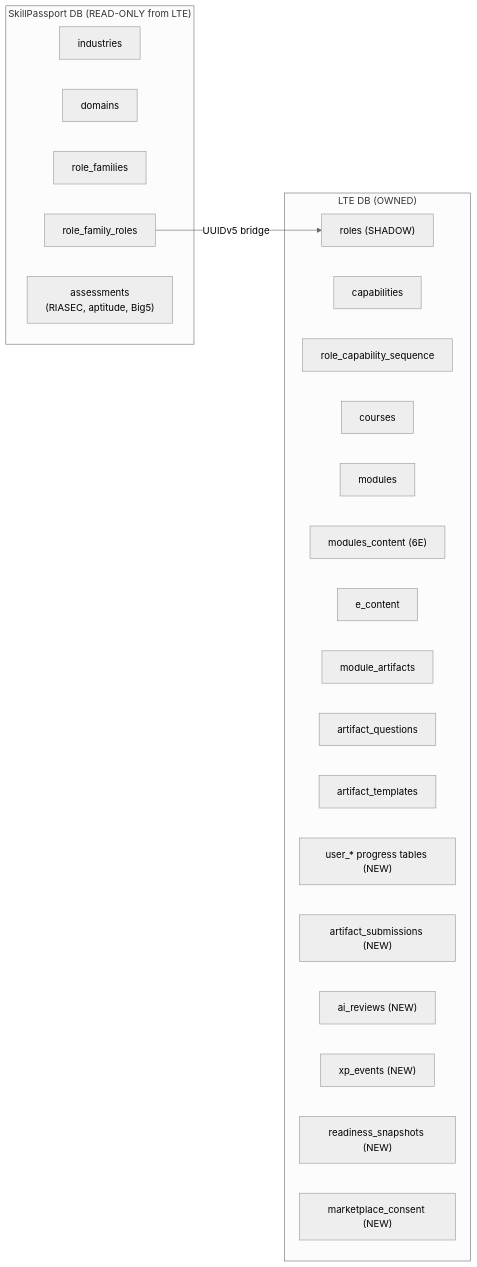
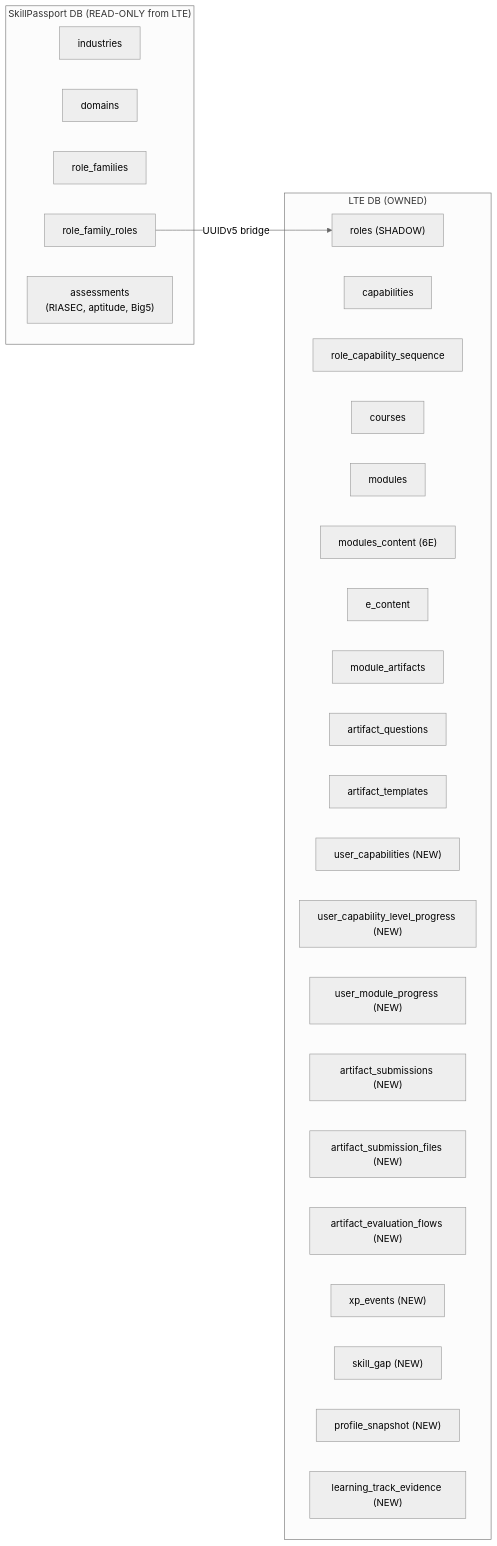
The second of 7 diagrams in LTE_3_Week_MVP_TRD_v.1.md (Rareminds-eym/lte), drawn with Mermaid (neutral theme) before and after one commit. The commit also changed other lines of this file, not shown here.

Commit message:
refactor: update architecture diagram and cleanup database schema documentation for the LTE MVP TRD

````diff
--- a/LTE_3_Week_MVP_TRD_v.1.md
+++ b/LTE_3_Week_MVP_TRD_v.1.md
@@ -190,31 +190,35 @@
 ```mermaid
 graph LR
     subgraph "SkillPassport DB (READ-ONLY from LTE)"
         SP_IND["industries"]
         SP_DOM["domains"]
         SP_RF["role_families"]
         SP_RFR["role_family_roles"]
         SP_ASSESS["assessments<br/>(RIASEC, aptitude, Big5)"]
     end
 
     subgraph "LTE DB (OWNED)"
         LTE_ROLES["roles (SHADOW)"]
         LTE_CAP["capabilities"]
         LTE_RCS["role_capability_sequence"]
         LTE_COURSES["courses"]
         LTE_MODULES["modules"]
         LTE_MC["modules_content (6E)"]
         LTE_EC["e_content"]
         LTE_MA["module_artifacts"]
         LTE_AQ["artifact_questions"]
         LTE_AT["artifact_templates"]
-        LTE_PROGRESS["user_* progress tables (NEW)"]
+        LTE_CAPS["user_capabilities (NEW)"]
+        LTE_LEVEL["user_capability_level_progress (NEW)"]
+        LTE_MOD_PROG["user_module_progress (NEW)"]
         LTE_SUBMISSIONS["artifact_submissions (NEW)"]
-        LTE_REVIEWS["ai_reviews (NEW)"]
+        LTE_SUB_FILES["artifact_submission_files (NEW)"]
+        LTE_EVAL["artifact_evaluation_flows (NEW)"]
         LTE_XP["xp_events (NEW)"]
-        LTE_READINESS["readiness_snapshots (NEW)"]
-        LTE_CONSENT["marketplace_consent (NEW)"]
+        LTE_SKILL_GAP["skill_gap (NEW)"]
+        LTE_PROFILE_SNAP["profile_snapshot (NEW)"]
+        LTE_TRACK_EV["learning_track_evidence (NEW)"]
     end
 
     SP_RFR -->|"UUIDv5 bridge"| LTE_ROLES
 ```
````
